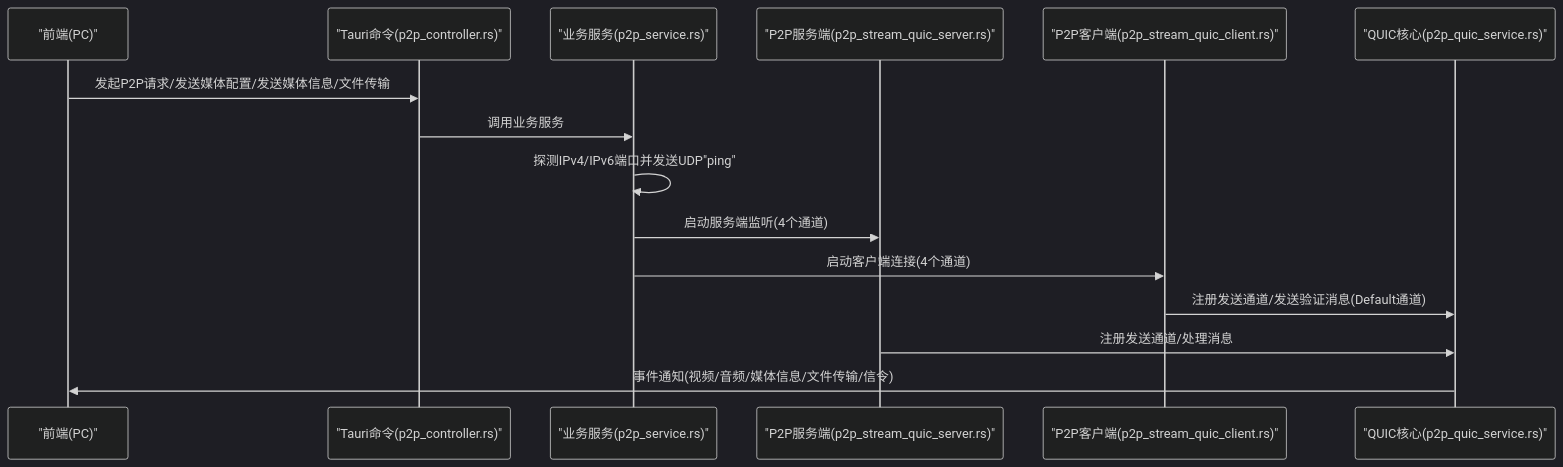
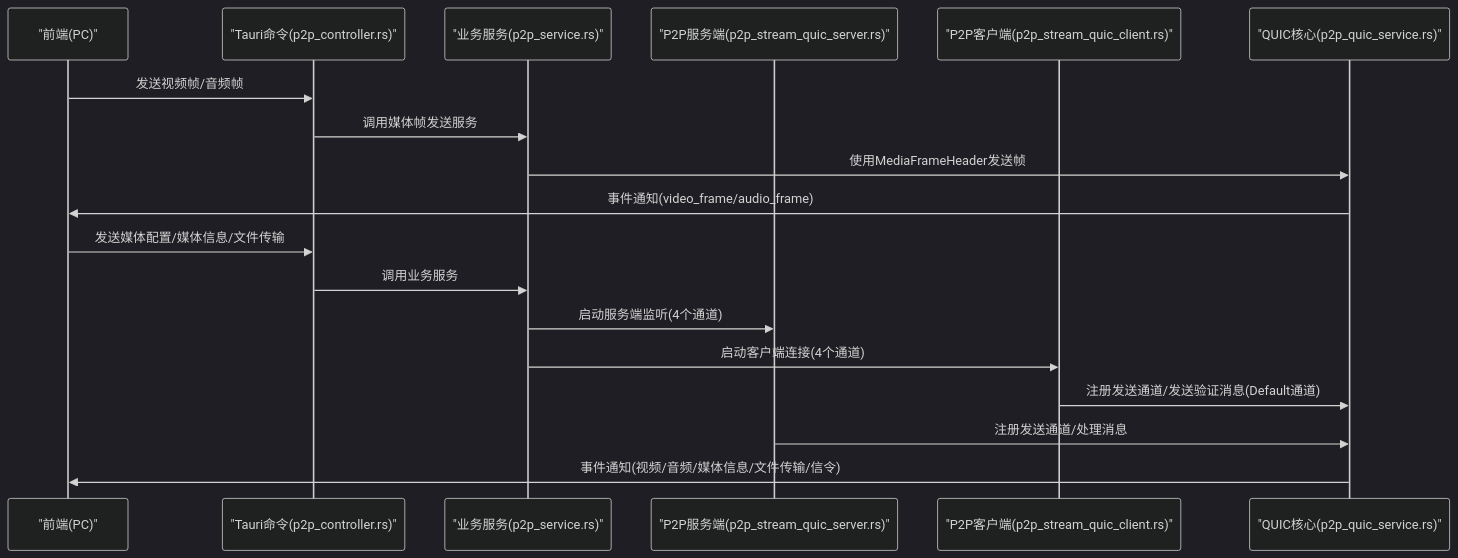
One commit to nicolastinger/only-talk-app changed the second of 17 diagrams in .qoder/repowiki/zh/content/后端服务/P2P服务.md. Above: the diagram before and after it, drawn with Mermaid (dark theme). The commit also changed other lines of this file and 5 other files, not shown here.

````diff
--- a/.qoder/repowiki/zh/content/后端服务/P2P服务.md
+++ b/.qoder/repowiki/zh/content/后端服务/P2P服务.md
@@ -182,17 +166,20 @@
 ```mermaid
 sequenceDiagram
 participant FE as "前端(PC)"
 participant CMD as "Tauri命令(p2p_controller.rs)"
 participant SVC as "业务服务(p2p_service.rs)"
 participant SRV as "P2P服务端(p2p_stream_quic_server.rs)"
 participant CLI as "P2P客户端(p2p_stream_quic_client.rs)"
 participant CORE as "QUIC核心(p2p_quic_service.rs)"
-FE->>CMD : 发起P2P请求/发送媒体配置/发送媒体信息/文件传输
+FE->>CMD : 发送视频帧/音频帧
+CMD->>SVC : 调用媒体帧发送服务
+SVC->>CORE : 使用MediaFrameHeader发送帧
+CORE->>FE : 事件通知(video_frame/audio_frame)
+FE->>CMD : 发送媒体配置/媒体信息/文件传输
 CMD->>SVC : 调用业务服务
-SVC->>SVC : 探测IPv4/IPv6端口并发送UDP"ping"
 SVC->>SRV : 启动服务端监听(4个通道)
 SVC->>CLI : 启动客户端连接(4个通道)
 CLI->>CORE : 注册发送通道/发送验证消息(Default通道)
 SRV->>CORE : 注册发送通道/处理消息
 CORE->>FE : 事件通知(视频/音频/媒体信息/文件传输/信令)
 ```
````
